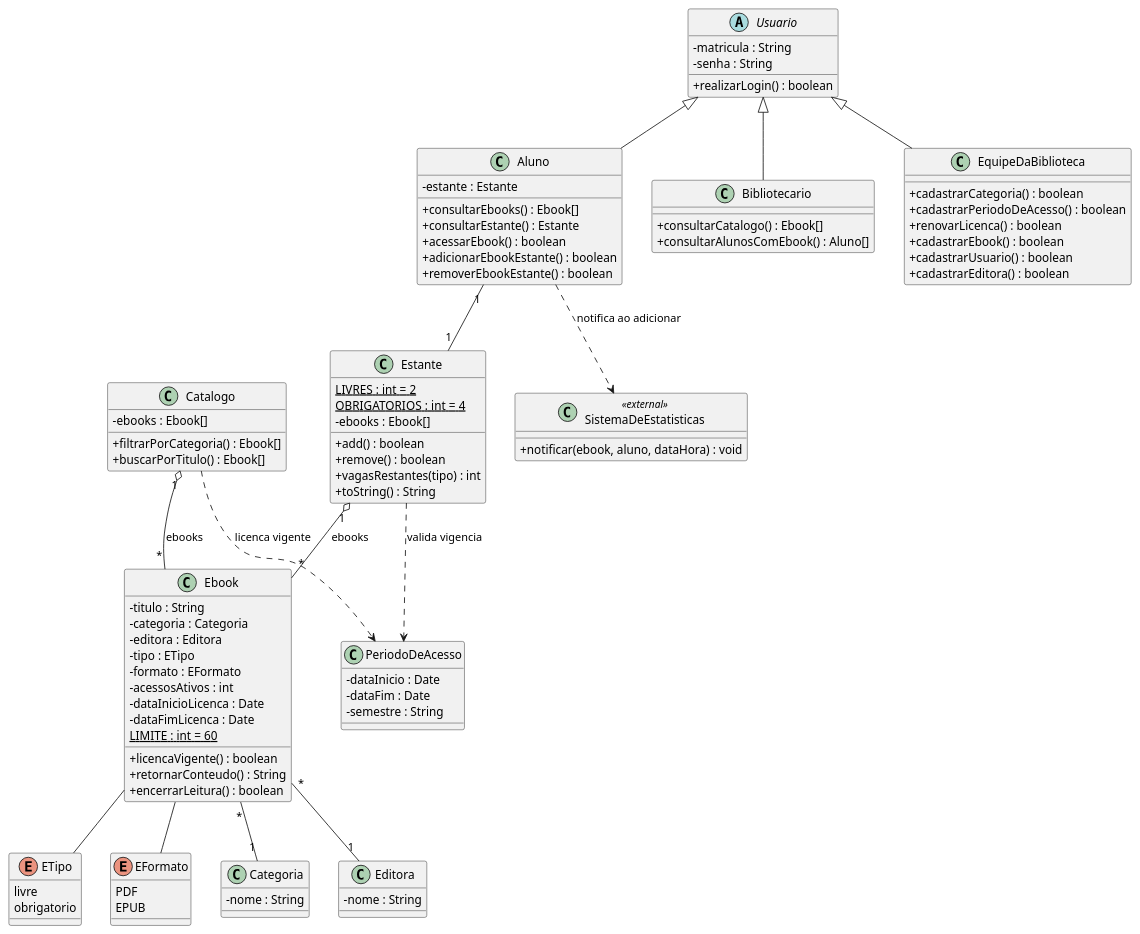
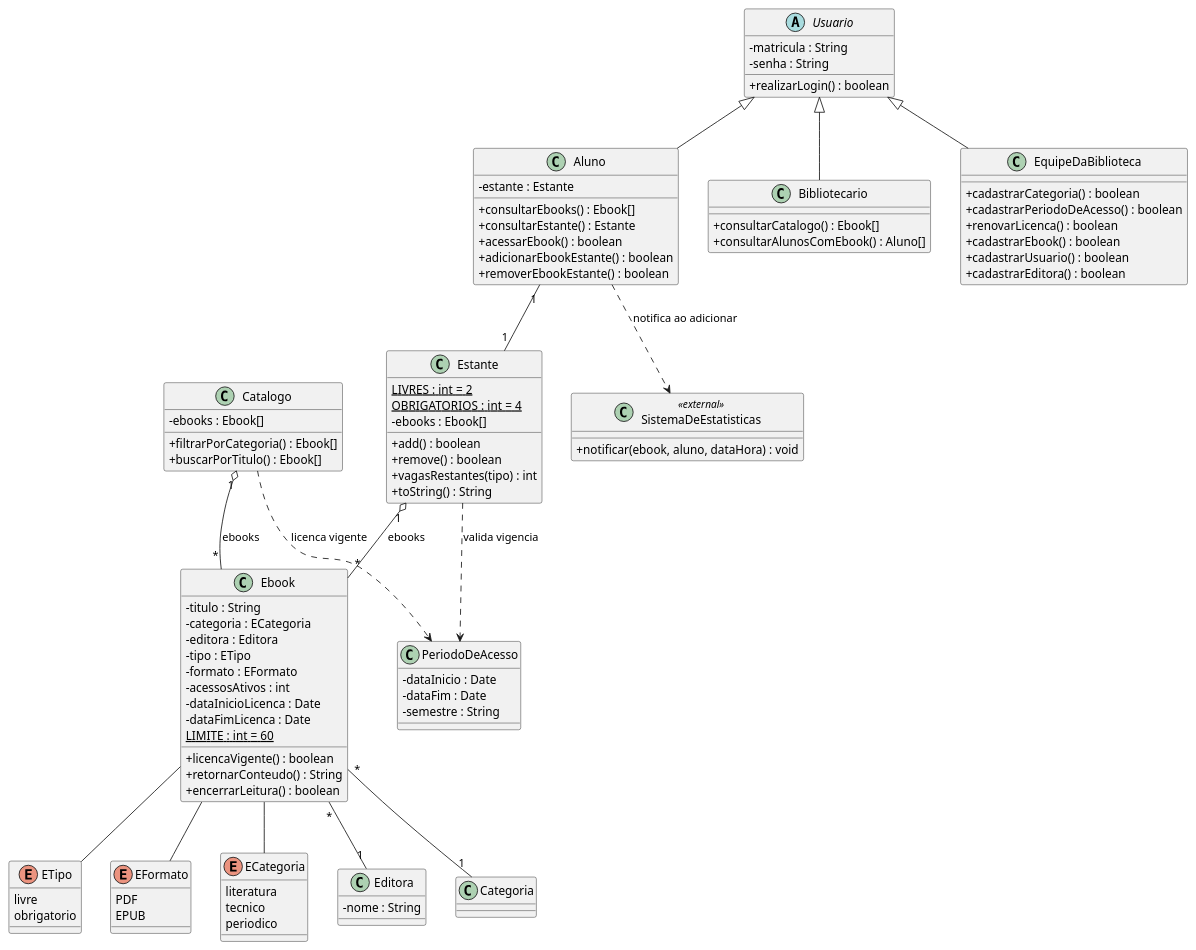
Before and after one commit to Aklages/lab01-ebooks-biblioteca: the diagram in docs/diagramas/classes.puml, drawn with PlantUML. The commit also changed 1 other file, not shown here.

Commit message:
fix: atualizando documentação com novo enum de ECategoria

```diff
--- a/docs/diagramas/classes.puml
+++ b/docs/diagramas/classes.puml
@@ -1,123 +1,126 @@
 @startuml classes_ebooks
 ' =====================================================================
 ' Sistema de Gestao de eBooks da Biblioteca Universitaria
 ' Diagrama de Classes - Lab01S01
 ' Fonte versionada em docs/diagramas/classes.puml
 ' =====================================================================
 
 skinparam classAttributeIconSize 0
 skinparam shadowing false
 
 ' ============================ ATORES / USUARIOS =======================
 abstract class Usuario {
   - matricula : String
   - senha : String
   + realizarLogin() : boolean
 }
 
 class Aluno {
   - estante : Estante
   + consultarEbooks() : Ebook[]
   + consultarEstante() : Estante
   + acessarEbook() : boolean
   + adicionarEbookEstante() : boolean
   + removerEbookEstante() : boolean
 }
 
 class Bibliotecario {
   + consultarCatalogo() : Ebook[]
   + consultarAlunosComEbook() : Aluno[]
 }
 
 class EquipeDaBiblioteca {
   + cadastrarCategoria() : boolean
   + cadastrarPeriodoDeAcesso() : boolean
   + renovarLicenca() : boolean
   + cadastrarEbook() : boolean
   + cadastrarUsuario() : boolean
   + cadastrarEditora() : boolean
 }
 
 Usuario <|-- Aluno
 Usuario <|-- Bibliotecario
 Usuario <|-- EquipeDaBiblioteca
 
 ' ============================== ACERVO =================================
 class Ebook {
   - titulo : String
-  - categoria : Categoria
+  - categoria : ECategoria
   - editora : Editora
   - tipo : ETipo
   - formato : EFormato
   - acessosAtivos : int
   - dataInicioLicenca : Date
   - dataFimLicenca : Date
   {static} LIMITE : int = 60
   + licencaVigente() : boolean
   + retornarConteudo() : String
   + encerrarLeitura() : boolean
 }
 
 enum ETipo {
   livre
   obrigatorio
 }
 
 enum EFormato {
   PDF
   EPUB
 }
 
-class Categoria {
-  - nome : String
+enum ECategoria {
+  literatura
+  tecnico
+  periodico
 }
 
 class Editora {
   - nome : String
 }
 
 Ebook "*" -- "1" Categoria
 Ebook "*" -- "1" Editora
 Ebook -- ETipo
 Ebook -- EFormato
+Ebook -- ECategoria
 
 ' ========================== PERIODO DE ACESSO ===========================
 class PeriodoDeAcesso {
   - dataInicio : Date
   - dataFim : Date
   - semestre : String
 }
 
 ' ============================== ESTANTE =================================
 class Estante {
   {static} LIVRES : int = 2
   {static} OBRIGATORIOS : int = 4
   - ebooks : Ebook[]
   + add() : boolean
   + remove() : boolean
   + vagasRestantes(tipo) : int
   + toString() : String
 }
 
 Aluno "1" -- "1" Estante
 Estante "1" o-- "*" Ebook : ebooks
 Estante ..> PeriodoDeAcesso : valida vigencia
 
 ' ============================== CATALOGO =================================
 class Catalogo {
   - ebooks : Ebook[]
   + filtrarPorCategoria() : Ebook[]
   + buscarPorTitulo() : Ebook[]
 }
 
 Catalogo "1" o-- "*" Ebook : ebooks
 Catalogo ..> PeriodoDeAcesso : licenca vigente
 
 ' ======================== SISTEMA EXTERNO (ESTATISTICAS) =================
 class SistemaDeEstatisticas <<external>> {
   + notificar(ebook, aluno, dataHora) : void
 }
 
 Aluno ..> SistemaDeEstatisticas : notifica ao adicionar
 
 @enduml
```
